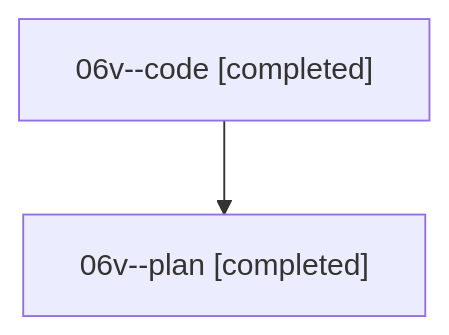
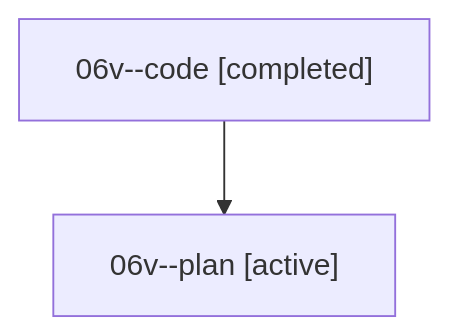
Before and after one commit to bobs-org/bob-cli--agents: the diagram in families/bbugyi200.athena.06v.md, drawn with Mermaid. The commit also changed other lines of this file and 1279 other files, not shown here.

````diff
--- a/families/bbugyi200.athena.06v.md
+++ b/families/bbugyi200.athena.06v.md
@@ -9,6 +9,6 @@
 ```mermaid
 flowchart TD
   n0["06v--code [completed]"]
-  n1["06v--plan [completed]"]
+  n1["06v--plan [active]"]
   n0 --> n1
 ```
````
